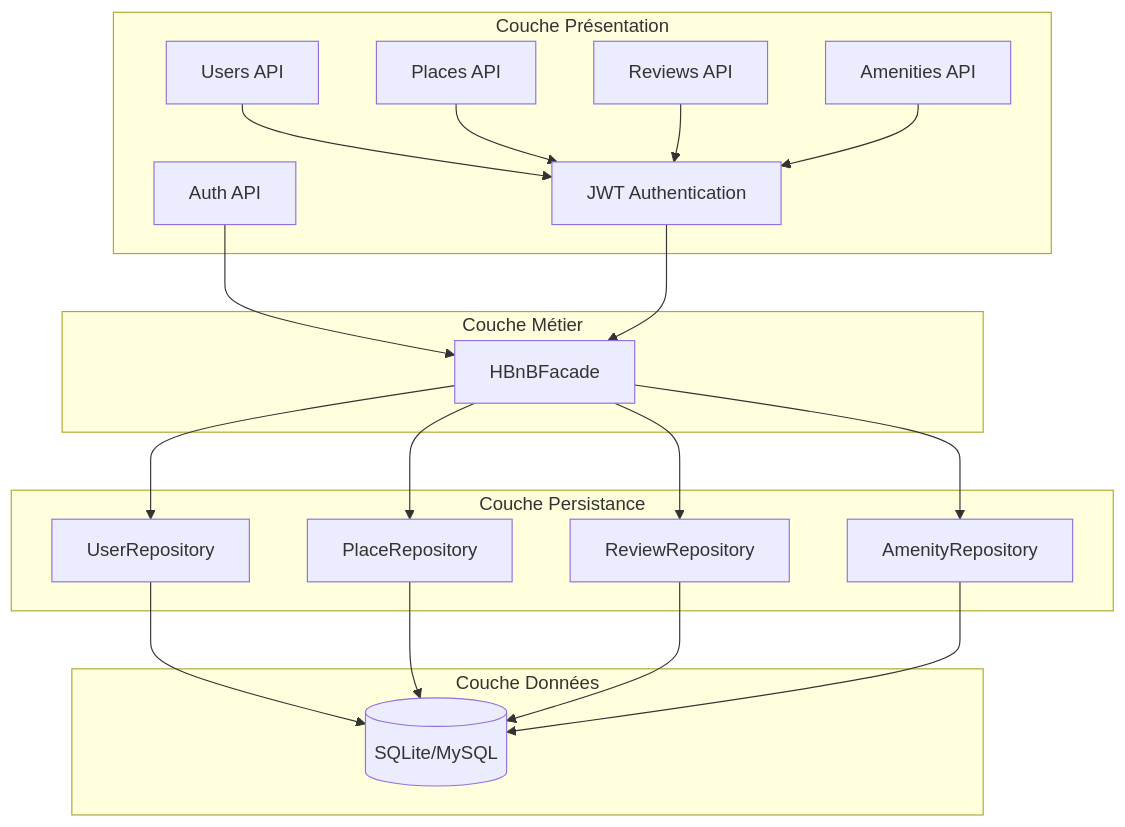
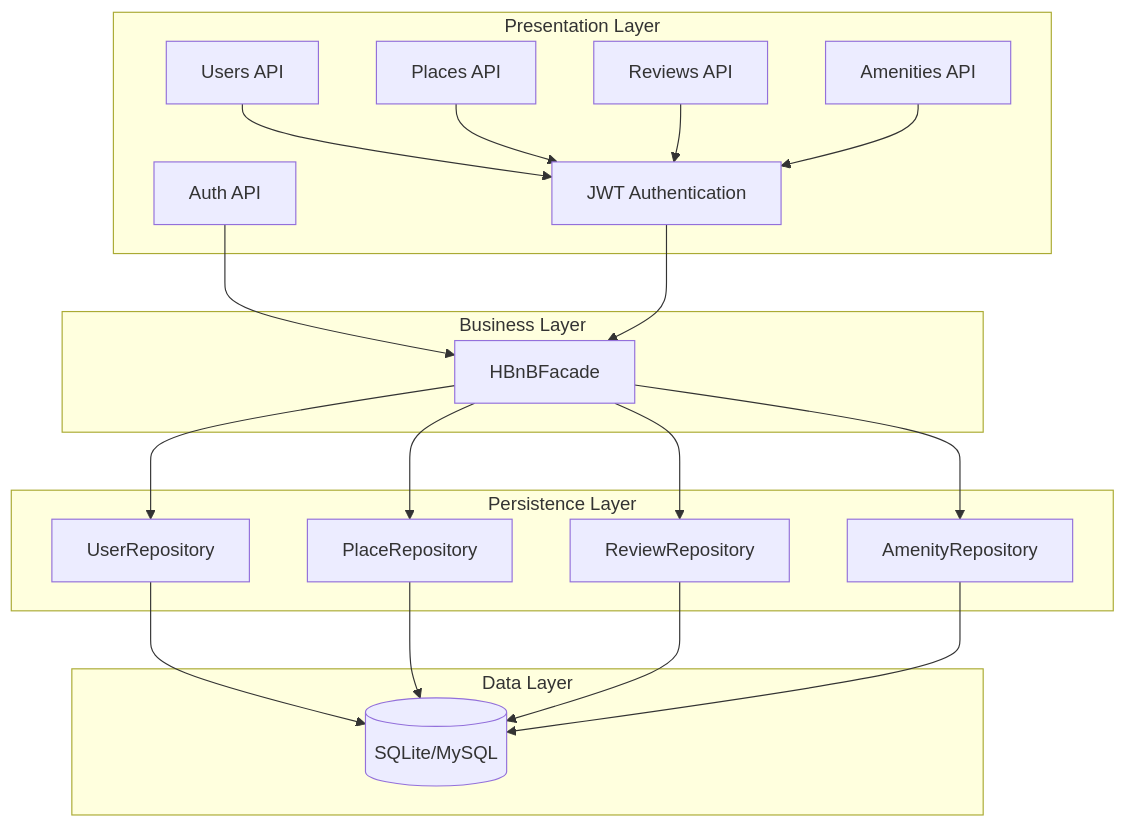
Before and after one commit to neodwin/holbertonschool-hbnb: the second of 4 diagrams in part3/diagrams/architecture_diagram.md, drawn with Mermaid. The commit also changed other lines of this file and 2 other files, not shown here.

Commit message:
uodate diagrams

````diff
--- a/part3/diagrams/architecture_diagram.md
+++ b/part3/diagrams/architecture_diagram.md
@@ -38,44 +38,44 @@
 ```mermaid
 flowchart TD
-    subgraph "Couche Présentation"
+    subgraph "Presentation Layer"
         UsersAPI[Users API]
         PlacesAPI[Places API]
         ReviewsAPI[Reviews API]
         AmenitiesAPI[Amenities API]
         AuthAPI[Auth API]
         JWT[JWT Authentication]
     end
     
-    subgraph "Couche Métier"
+    subgraph "Business Layer"
         Facade[HBnBFacade]
     end
     
-    subgraph "Couche Persistance"
+    subgraph "Persistence Layer"
         UserRepo[UserRepository]
         PlaceRepo[PlaceRepository]
         ReviewRepo[ReviewRepository]
         AmenityRepo[AmenityRepository]
     end
     
-    subgraph "Couche Données"
+    subgraph "Data Layer"
         DB[(SQLite/MySQL)]
     end
     
     UsersAPI --> JWT
     PlacesAPI --> JWT
     ReviewsAPI --> JWT
     AmenitiesAPI --> JWT
     AuthAPI --> Facade
     
     JWT --> Facade
     
     Facade --> UserRepo
     Facade --> PlaceRepo
     Facade --> ReviewRepo
     Facade --> AmenityRepo
     
     UserRepo --> DB
     PlaceRepo --> DB
     ReviewRepo --> DB
     AmenityRepo --> DB
 ```
````
